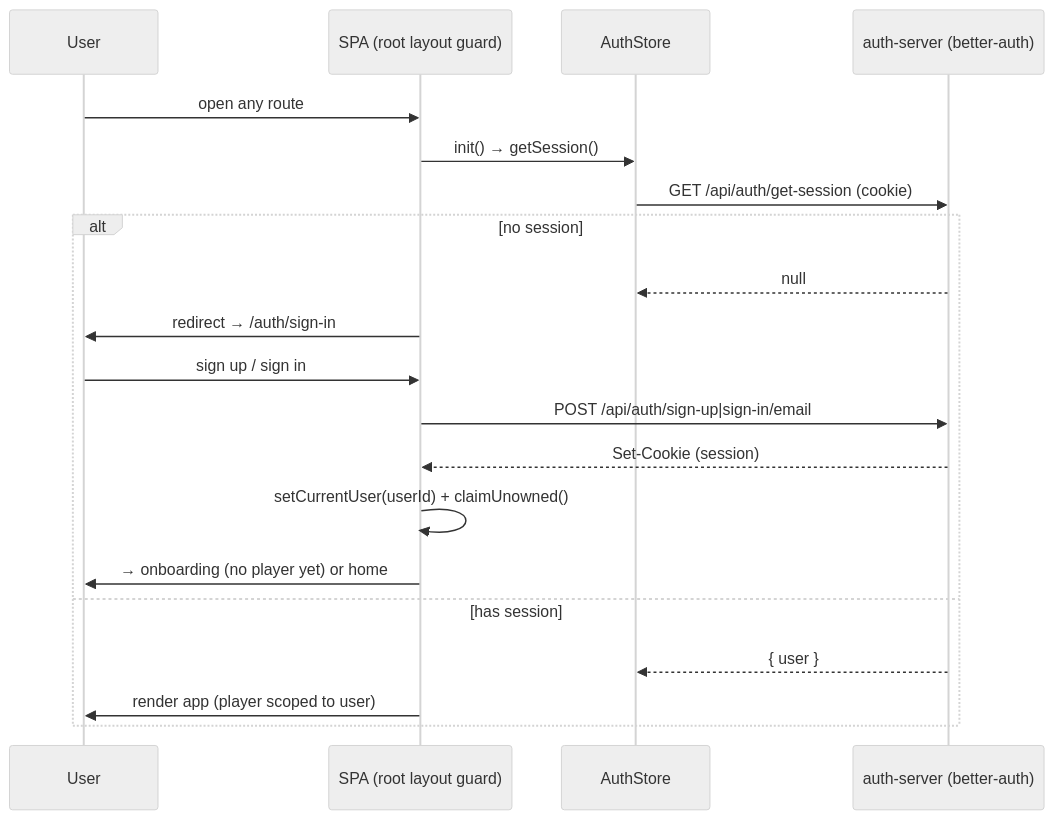
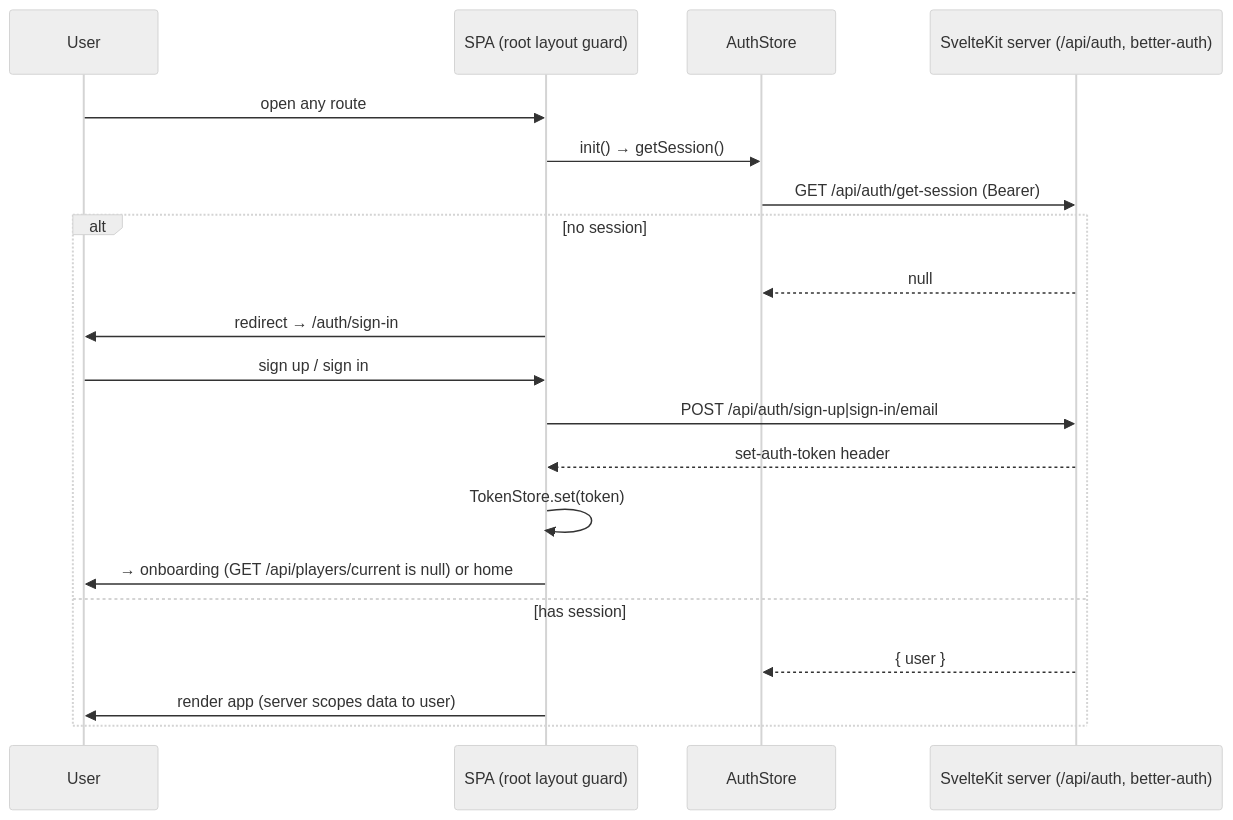
Diagram 11 of 12 in docs/architecture.md (calinwolf08/shot-analysis), drawn with Mermaid (neutral theme) before and after one commit. The commit also changed other lines of this file and 2 other files, not shown here.

First line of the commit message:
docs(8.3): update architecture for the single-server topology

````diff
--- a/docs/architecture.md
+++ b/docs/architecture.md
@@ -350,23 +370,23 @@
 ```mermaid
 sequenceDiagram
     participant U as User
     participant App as SPA (root layout guard)
     participant AS as AuthStore
-    participant Srv as auth-server (better-auth)
+    participant Srv as SvelteKit server (/api/auth, better-auth)
 
     U->>App: open any route
     App->>AS: init() → getSession()
-    AS->>Srv: GET /api/auth/get-session (cookie)
+    AS->>Srv: GET /api/auth/get-session (Bearer)
     alt no session
         Srv-->>AS: null
         App->>U: redirect → /auth/sign-in
         U->>App: sign up / sign in
         App->>Srv: POST /api/auth/sign-up|sign-in/email
-        Srv-->>App: Set-Cookie (session)
-        App->>App: setCurrentUser(userId) + claimUnowned()
-        App->>U: → onboarding (no player yet) or home
+        Srv-->>App: set-auth-token header
+        App->>App: TokenStore.set(token)
+        App->>U: → onboarding (GET /api/players/current is null) or home
     else has session
         Srv-->>AS: { user }
-        App->>U: render app (player scoped to user)
+        App->>U: render app (server scopes data to user)
     end
 ```
````
